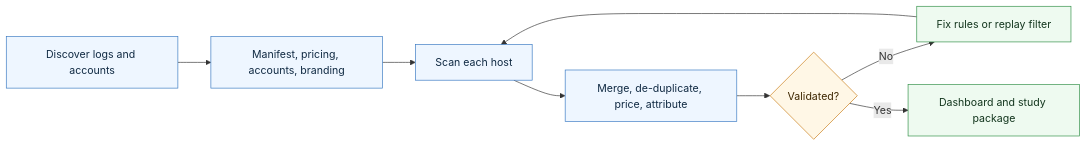
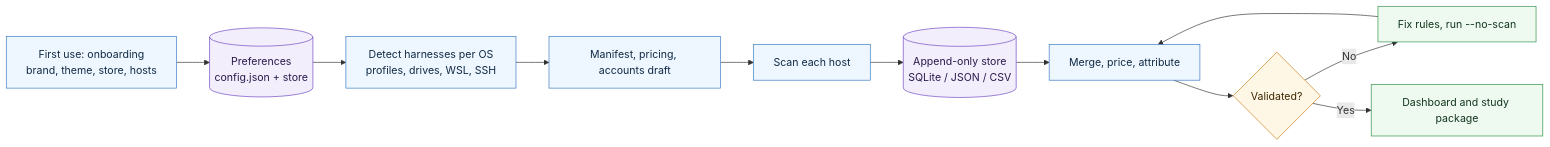
One commit to CompleteTech-LLC/ai-usage-ledger-skill changed the diagram in assets/diagrams/workflow.mmd. Above: the diagram before and after it, drawn with Mermaid. The commit also changed 16 other files, not shown here.

```diff
--- a/assets/diagrams/workflow.mmd
+++ b/assets/diagrams/workflow.mmd
@@ -1,14 +1,19 @@
 flowchart LR
-  A[Discover logs and accounts] --> B[Manifest, pricing, accounts, branding]
+  O[First use: onboarding<br/>brand, theme, store, hosts] --> P[(Preferences<br/>config.json + store)]
+  A[Detect harnesses per OS<br/>profiles, drives, WSL, SSH] --> B[Manifest, pricing, accounts draft]
+  P --> A
   B --> C[Scan each host]
-  C --> D[Merge, de-duplicate, price, attribute]
+  C --> S[(Append-only store<br/>SQLite / JSON / CSV)]
+  S --> D[Merge, price, attribute]
   D --> E{Validated?}
-  E -->|No| F[Fix rules or replay filter]
-  F --> C
+  E -->|No| F[Fix rules, run --no-scan]
+  F --> D
   E -->|Yes| G[Dashboard and study package]
   classDef source fill:#eef6ff,stroke:#3778c2,color:#102a43;
   classDef gate fill:#fff7e6,stroke:#c97a12,color:#3d2600;
   classDef output fill:#eefaf0,stroke:#2f8f46,color:#12351d;
-  class A,B,C,D source;
+  classDef store fill:#f3eefc,stroke:#6b46c1,color:#2a1a4d;
+  class O,A,B,C,D source;
   class E gate;
   class F,G output;
+  class P,S store;
```
